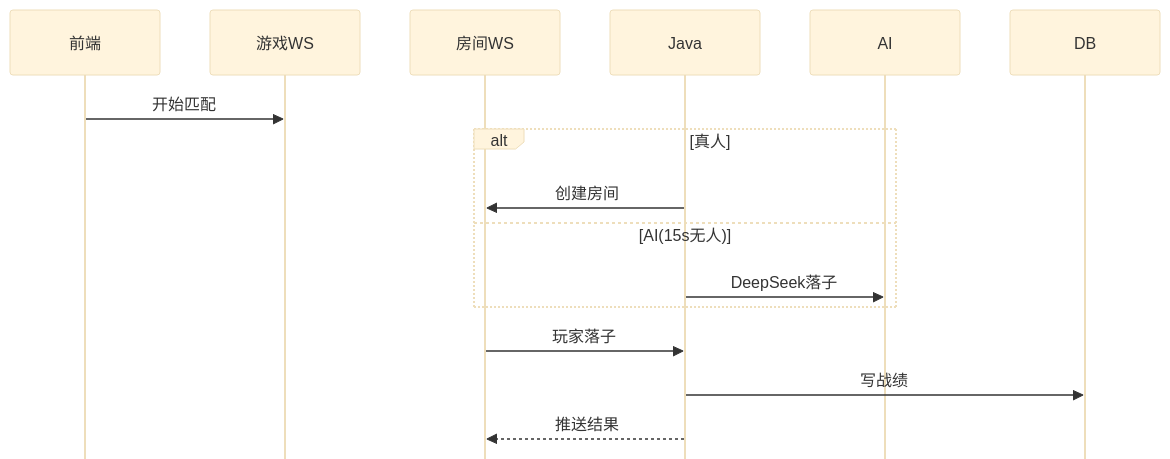
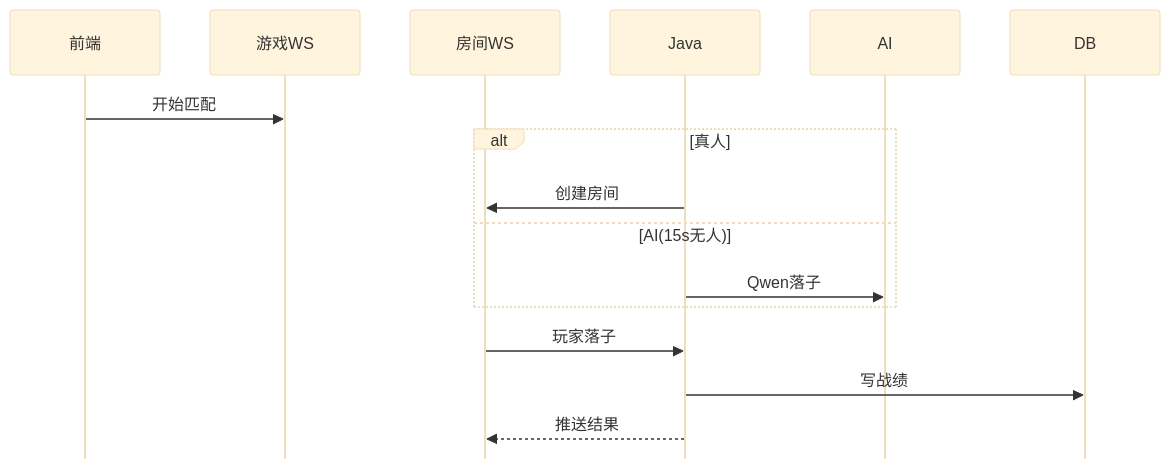
Before and after one commit to pluchon/mengmeng_forum: the fifth of 23 diagrams in README.md, drawn with Mermaid. The commit also changed other lines of this file and 41 other files, not shown here.

````diff
--- a/README.md
+++ b/README.md
@@ -228,20 +228,20 @@
 ```mermaid
 %%{init: {'theme':'base', 'sequence': {'mirrorActors': false, 'actorFontSize': 11}}}%%
 sequenceDiagram
   participant FE as 前端
   participant Game as 游戏WS
   participant Room as 房间WS
   participant J as Java
   participant P as AI
   participant DB as DB
 
   FE->>Game: 开始匹配
   alt 真人
     J->>Room: 创建房间
   else AI(15s无人)
-    J->>P: DeepSeek落子
+    J->>P: Qwen落子
   end
   Room->>J: 玩家落子
   J->>DB: 写战绩
   J-->>Room: 推送结果
 ```
````
